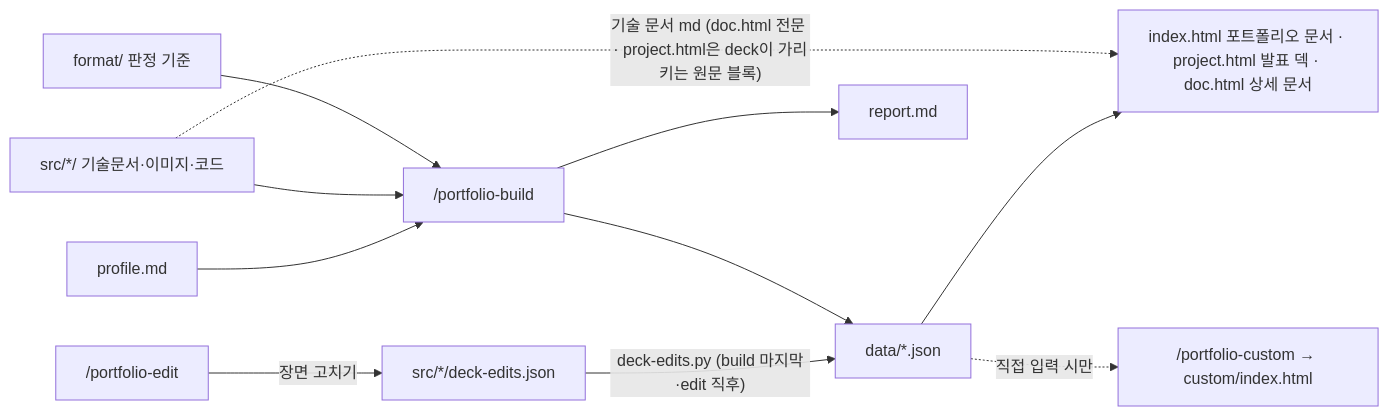
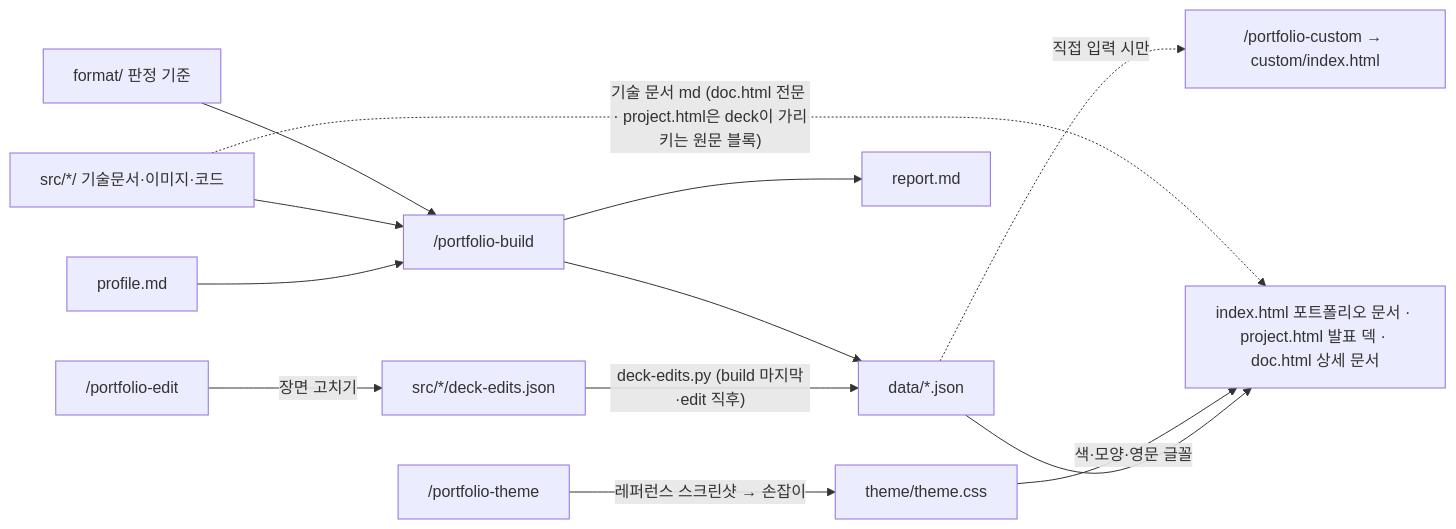
Before and after one commit to krKooHoo/portfolio-test: the diagram in CLAUDE.md, drawn with Mermaid. The commit also changed other lines of this file and 19 other files, not shown here.

First line of the commit message:
/portfolio-theme: 레퍼런스 화면에서 색·모양·영문 글꼴을 뽑아 세 페이지에 입히는 테마 명령

````diff
--- a/CLAUDE.md
+++ b/CLAUDE.md
@@ -39,13 +40,15 @@
 ```mermaid
 flowchart LR
     P["profile.md"] --> B["/portfolio-build"]
     S["src/*/ 기술문서·이미지·코드"] --> B
     F["format/ 판정 기준"] --> B
     E["/portfolio-edit"] -->|"장면 고치기"| X["src/*/deck-edits.json"]
     X -->|"deck-edits.py (build 마지막·edit 직후)"| D
     B --> D["data/*.json"]
     B --> R["report.md"]
     D --> I["index.html 포트폴리오 문서 · project.html 발표 덱 · doc.html 상세 문서"]
+    T["/portfolio-theme"] -->|"레퍼런스 스크린샷 → 손잡이"| TC["theme/theme.css"]
+    TC -->|"색·모양·영문 글꼴"| I
     S -.->|"기술 문서 md (doc.html 전문 · project.html은 deck이 가리키는 원문 블록)"| I
     D -.->|"직접 입력 시만"| C["/portfolio-custom → custom/index.html"]
 ```
````
